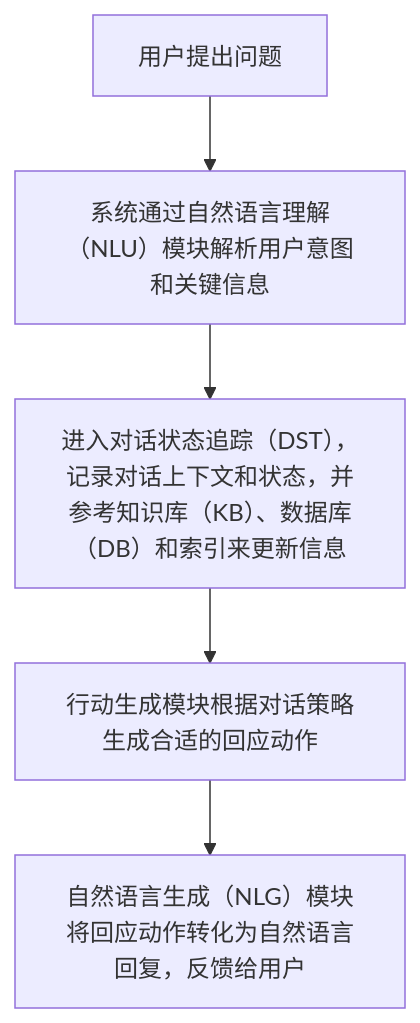
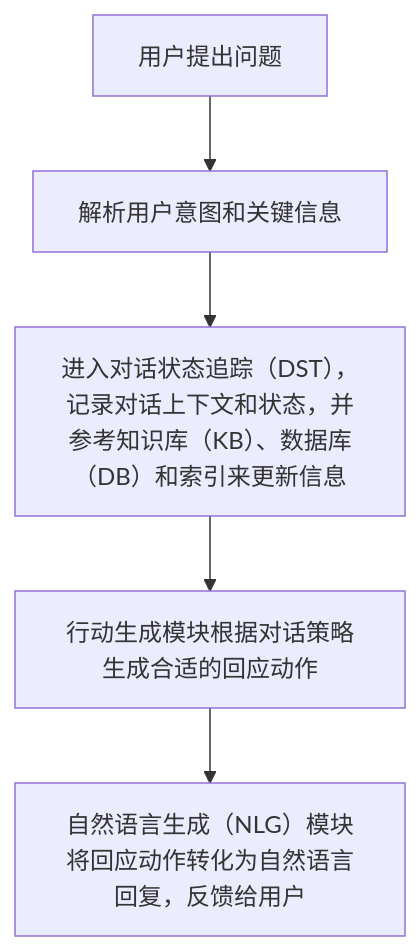
One commit to Let-9/iodraw-files changed the diagram in all/未命名-3.md. Above: the diagram before and after it, drawn with Mermaid.

Commit message:
2024-12-10 11:31:56 update

````diff
--- a/all/未命名-3.md
+++ b/all/未命名-3.md
@@ -1,7 +1,7 @@
 ```mermaid
 graph TD;
-    A[用户提出问题] --> B[系统通过自然语言理解（NLU）模块解析用户意图和关键信息];
+    A[用户提出问题] --> B[解析用户意图和关键信息];
     B --> C[进入对话状态追踪（DST），记录对话上下文和状态，并参考知识库（KB）、数据库（DB）和索引来更新信息];
     C --> D[行动生成模块根据对话策略生成合适的回应动作];
     D --> E[自然语言生成（NLG）模块将回应动作转化为自然语言回复，反馈给用户];
 ```
````
